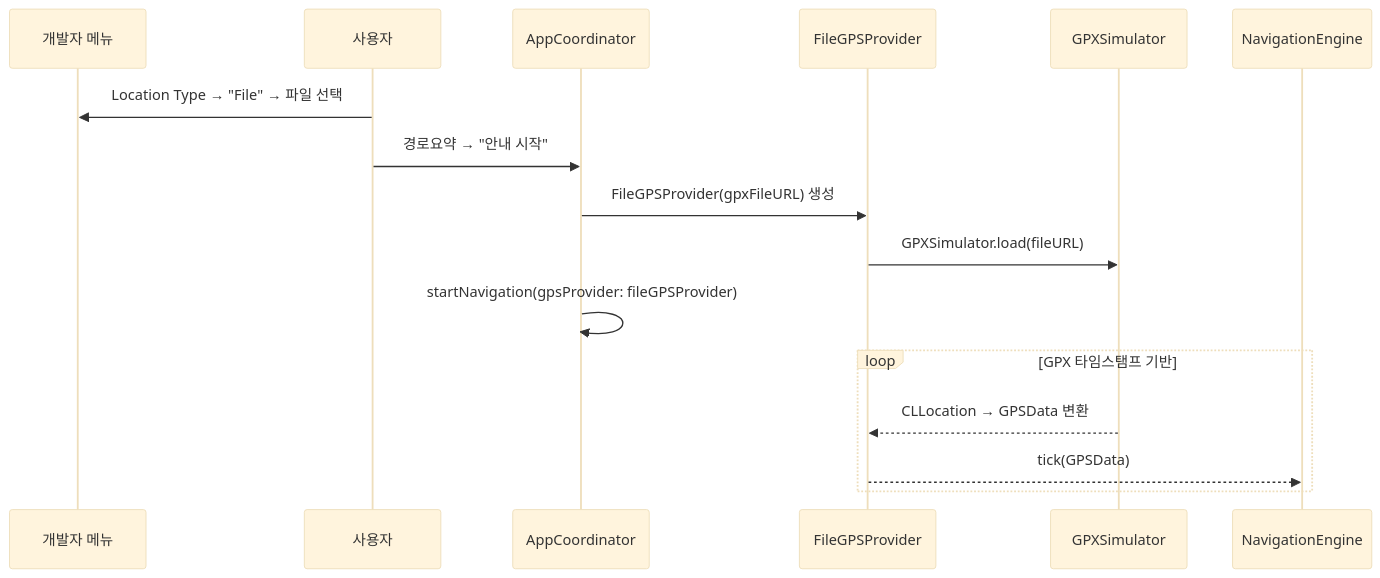
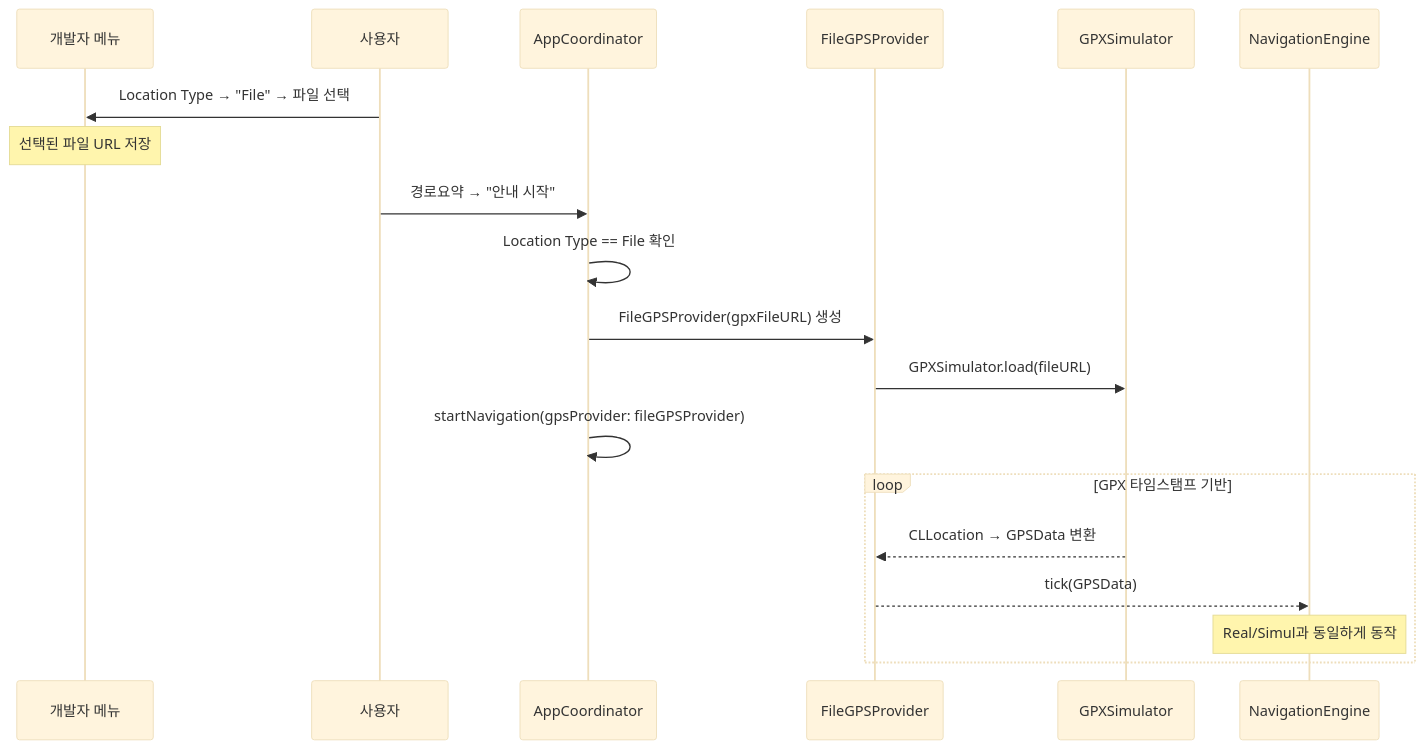
One commit to jungjae-dev/Navigation changed the ninth of 13 diagrams in Documents/Work/260330_navigation/02_Design.md. Above: the diagram before and after it, drawn with Mermaid (base theme). The commit also changed other lines of this file and 2 other files, not shown here.

First line of the commit message:
GPX/FileGPS 시나리오 정리 및 LocationSimulator 통합 설계 추가

````diff
--- a/Documents/Work/260330_navigation/02_Design.md
+++ b/Documents/Work/260330_navigation/02_Design.md
@@ -909,21 +1030,24 @@
 ```mermaid
 sequenceDiagram
     participant DEV as 개발자 메뉴
     participant USER as 사용자
     participant COORD as AppCoordinator
     participant FILE as FileGPSProvider
     participant SIM as GPXSimulator
     participant ENG as NavigationEngine
 
     USER->>DEV: Location Type → "File" → 파일 선택
+    Note over DEV: 선택된 파일 URL 저장
 
     USER->>COORD: 경로요약 → "안내 시작"
+    COORD->>COORD: Location Type == File 확인
     COORD->>FILE: FileGPSProvider(gpxFileURL) 생성
     FILE->>SIM: GPXSimulator.load(fileURL)
     COORD->>COORD: startNavigation(gpsProvider: fileGPSProvider)
 
     loop GPX 타임스탬프 기반
         SIM-->>FILE: CLLocation → GPSData 변환
         FILE-->>ENG: tick(GPSData)
+        Note over ENG: Real/Simul과 동일하게 동작
     end
 ```
````
